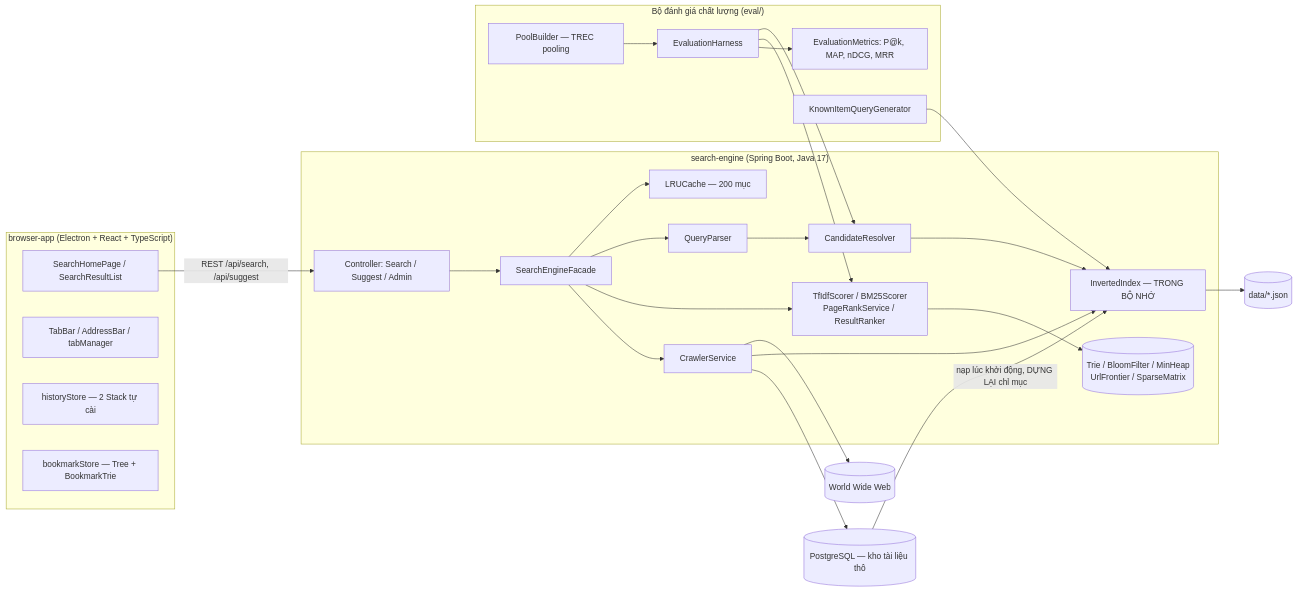
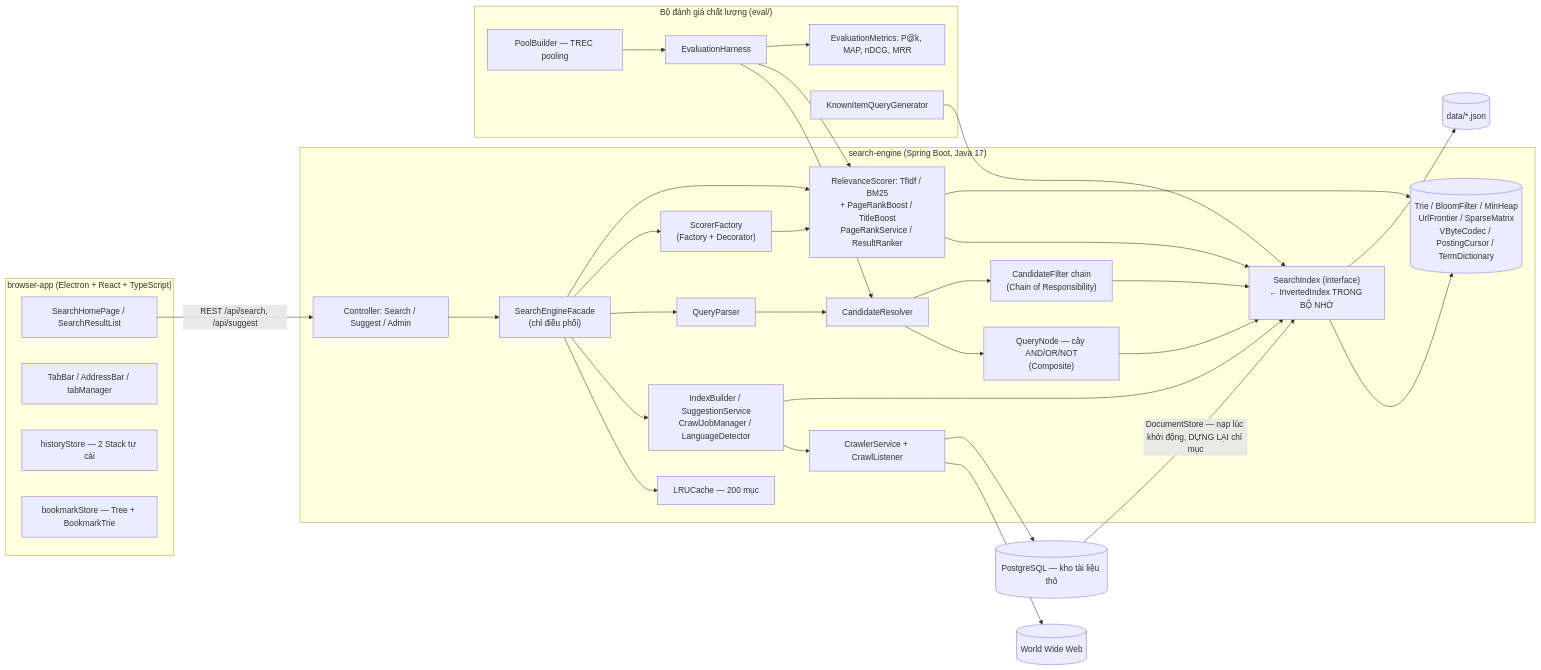
One commit to KietAnhCS/CocCoc-Plus changed the first of 7 diagrams in docs/ARCHITECTURE.md. Above: the diagram before and after it, drawn with Mermaid. The commit also changed other lines of this file and 36 other files, not shown here.

````diff
--- a/docs/ARCHITECTURE.md
+++ b/docs/ARCHITECTURE.md
@@ -52,52 +52,64 @@
 ```mermaid
 flowchart LR
     subgraph Electron["browser-app (Electron + React + TypeScript)"]
         UI[SearchHomePage / SearchResultList]
         Tabs[TabBar / AddressBar / tabManager]
         Hist["historyStore — 2 Stack tự cài"]
         Bkm["bookmarkStore — Tree + BookmarkTrie"]
     end
 
     subgraph Backend["search-engine (Spring Boot, Java 17)"]
         Ctl["Controller: Search / Suggest / Admin"]
-        Facade[SearchEngineFacade]
+        Facade["SearchEngineFacade<br/>(chỉ điều phối)"]
+        Svc["IndexBuilder / SuggestionService<br/>CrawlJobManager / LanguageDetector"]
         Cache["LRUCache — 200 mục"]
-        Crawl[CrawlerService]
+        Crawl["CrawlerService + CrawlListener"]
         QP[QueryParser]
+        Ast["QueryNode — cây AND/OR/NOT<br/>(Composite)"]
+        Filt["CandidateFilter chain<br/>(Chain of Responsibility)"]
         Resolve[CandidateResolver]
-        Idx["InvertedIndex — TRONG BỘ NHỚ"]
-        Rank["TfIdfScorer / BM25Scorer<br/>PageRankService / ResultRanker"]
-        DS[("Trie / BloomFilter / MinHeap<br/>UrlFrontier / SparseMatrix")]
+        Idx["SearchIndex (interface)<br/>← InvertedIndex TRONG BỘ NHỚ"]
+        Fact["ScorerFactory<br/>(Factory + Decorator)"]
+        Rank["RelevanceScorer: TfIdf / BM25<br/>+ PageRankBoost / TitleBoost<br/>PageRankService / ResultRanker"]
+        DS[("Trie / BloomFilter / MinHeap<br/>UrlFrontier / SparseMatrix<br/>VByteCodec / PostingCursor / TermDictionary")]
     end
 
     subgraph Eval["Bộ đánh giá chất lượng (eval/)"]
         Harness[EvaluationHarness]
         Metrics["EvaluationMetrics: P@k, MAP, nDCG, MRR"]
         Known[KnownItemQueryGenerator]
         Pool["PoolBuilder — TREC pooling"]
     end
 
     Web[(World Wide Web)]
     Data[("data/*.json")]
     PG[("PostgreSQL — kho tài liệu thô")]
 
     UI -->|"REST /api/search, /api/suggest"| Ctl
     Ctl --> Facade
     Facade --> Cache
+    Facade --> Svc
     Facade --> QP
     QP --> Resolve
-    Resolve --> Idx
+    Resolve --> Ast
+    Resolve --> Filt
+    Ast --> Idx
+    Filt --> Idx
+    Facade --> Fact
+    Fact --> Rank
     Facade --> Rank
+    Rank --> Idx
+    Idx --> DS
     Rank --> DS
-    Facade --> Crawl
+    Svc --> Crawl
     Crawl --> Web
-    Crawl --> Idx
+    Svc --> Idx
     Idx --> Data
     Crawl --> PG
-    PG -->|"nạp lúc khởi động, DỰNG LẠI chỉ mục"| Idx
+    PG -->|"DocumentStore — nạp lúc khởi động, DỰNG LẠI chỉ mục"| Idx
     Known --> Idx
     Harness --> Resolve
     Harness --> Rank
     Harness --> Metrics
     Pool --> Harness
 ```
````
